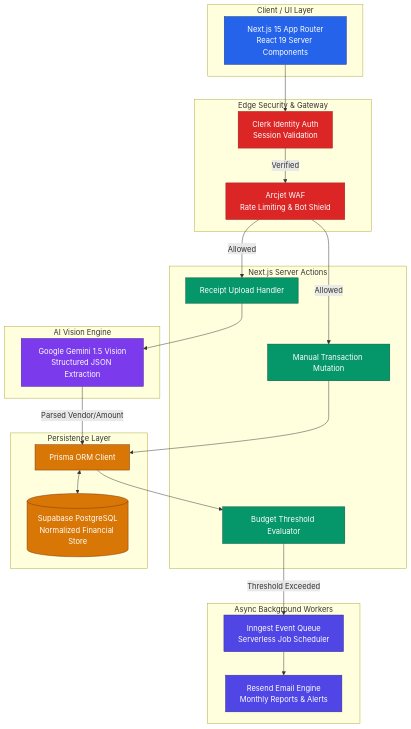
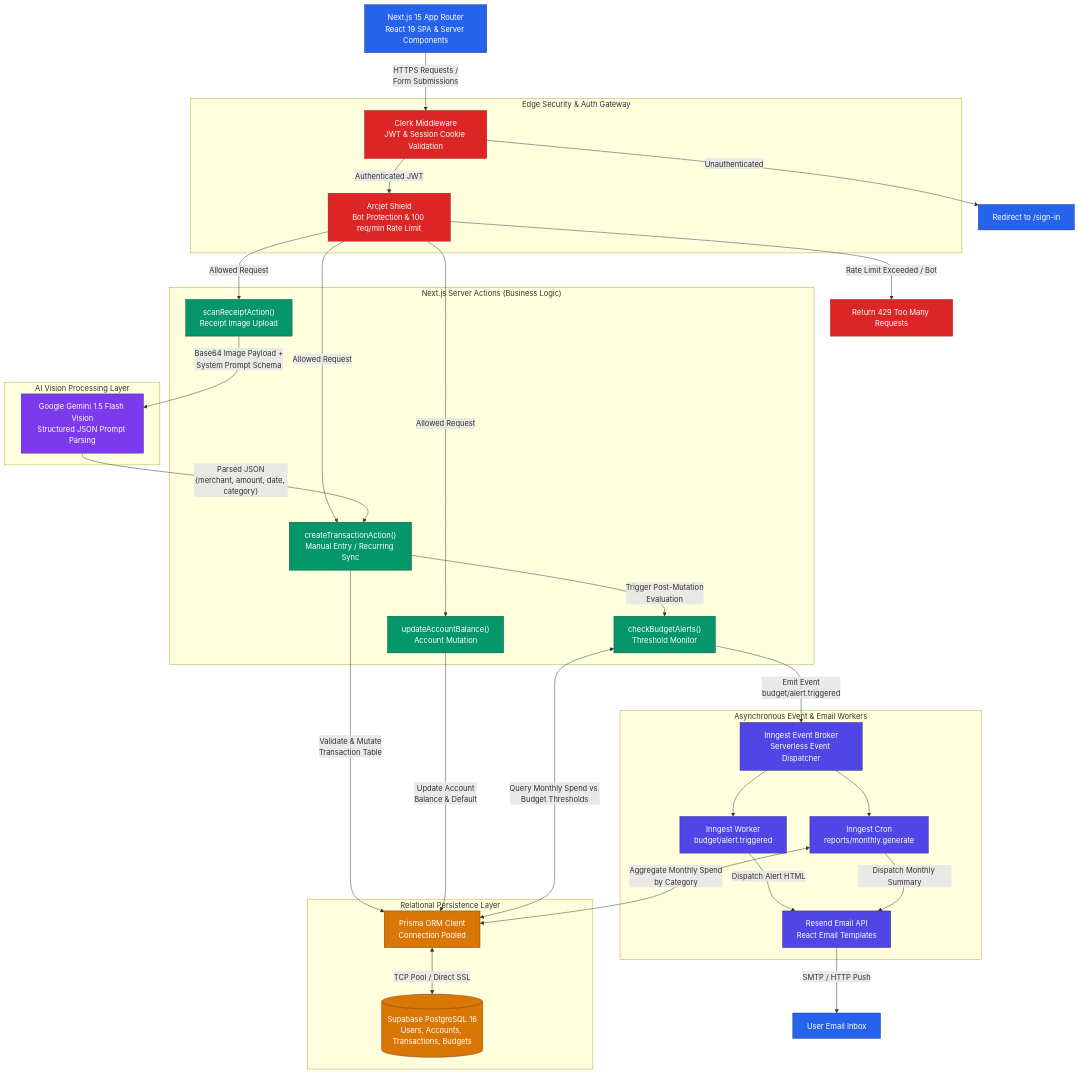
Before and after one commit to shreedharkb/FinOS: the first of 2 diagrams in README.md, drawn with Mermaid.

Commit message:
Enhance system architecture Mermaid diagram with hyper-detailed endpoints, payloads, and worker flows

````diff
--- a/README.md
+++ b/README.md
@@ -61,53 +61,67 @@
 ```mermaid
 flowchart TD
     classDef client fill:#2563eb,stroke:#1e3a8a,color:#fff
     classDef edge fill:#dc2626,stroke:#991b1b,color:#fff
     classDef action fill:#059669,stroke:#064e3b,color:#fff
     classDef ai fill:#7c3aed,stroke:#4c1d95,color:#fff
     classDef db fill:#d97706,stroke:#78350f,color:#fff
     classDef worker fill:#4f46e5,stroke:#312e81,color:#fff
 
-    subgraph Client["Client / UI Layer"]
-        UI["Next.js 15 App Router<br>React 19 Server Components"]:::client
+    React["Next.js 15 App Router<br>React 19 SPA & Server Components"]:::client
+
+    subgraph EdgeGateway["Edge Security & Auth Gateway"]
+        ClerkAuth["Clerk Middleware<br>JWT & Session Cookie Validation"]:::edge
+        ArcjetWAF["Arcjet Shield<br>Bot Protection & 100 req/min Rate Limit"]:::edge
     end
 
-    subgraph Security["Edge Security & Gateway"]
-        Auth["Clerk Identity Auth<br>Session Validation"]:::edge
-        WAF["Arcjet WAF<br>Rate Limiting & Bot Shield"]:::edge
+    React -->|"HTTPS Requests /<br>Form Submissions"| ClerkAuth
+    ClerkAuth -->|"Unauthenticated"| LoginRedirect["Redirect to /sign-in"]:::client
+    ClerkAuth -->|"Authenticated JWT"| ArcjetWAF
+    ArcjetWAF -->|"Rate Limit Exceeded / Bot"| Block429["Return 429 Too Many Requests"]:::edge
+
+    subgraph ServerActions["Next.js Server Actions (Business Logic)"]
+        ScanReceipt["scanReceiptAction()<br>Receipt Image Upload"]:::action
+        CreateTx["createTransactionAction()<br>Manual Entry / Recurring Sync"]:::action
+        UpdateAccount["updateAccountBalance()<br>Account Mutation"]:::action
+        EvaluateBudget["checkBudgetAlerts()<br>Threshold Monitor"]:::action
     end
 
-    subgraph Logic["Next.js Server Actions"]
-        UploadAction["Receipt Upload Handler"]:::action
-        ManualAction["Manual Transaction Mutation"]:::action
-        BudgetCheck["Budget Threshold Evaluator"]:::action
+    ArcjetWAF -->|"Allowed Request"| ScanReceipt
+    ArcjetWAF -->|"Allowed Request"| CreateTx
+    ArcjetWAF -->|"Allowed Request"| UpdateAccount
+
+    subgraph AIEngine["AI Vision Processing Layer"]
+        GeminiVision["Google Gemini 1.5 Flash Vision<br>Structured JSON Prompt Parsing"]:::ai
     end
 
-    subgraph Intelligence["AI Vision Engine"]
-        Gemini["Google Gemini 1.5 Vision<br>Structured JSON Extraction"]:::ai
+    ScanReceipt -->|"Base64 Image Payload +<br>System Prompt Schema"| GeminiVision
+    GeminiVision -->|"Parsed JSON<br>{merchant, amount, date, category}"| CreateTx
+
+    subgraph DataPersistence["Relational Persistence Layer"]
+        PrismaClient["Prisma ORM Client<br>Connection Pooled"]:::db
+        SupabasePG[(Supabase PostgreSQL 16<br>Users, Accounts, Transactions, Budgets)]:::db
     end
 
-    subgraph Data["Persistence Layer"]
-        Prisma["Prisma ORM Client"]:::db
-        Postgres[(Supabase PostgreSQL<br>Normalized Financial Store)]:::db
+    CreateTx -->|"Validate & Mutate<br>Transaction Table"| PrismaClient
+    UpdateAccount -->|"Update Account<br>Balance & Default"| PrismaClient
+    PrismaClient <-->|"TCP Pool / Direct SSL"| SupabasePG
+
+    CreateTx -->|"Trigger Post-Mutation<br>Evaluation"| EvaluateBudget
+    EvaluateBudget <-->|"Query Monthly Spend vs.<br>Budget Thresholds"| PrismaClient
+
+    subgraph AsyncInfrastructure["Asynchronous Event & Email Workers"]
+        InngestBroker["Inngest Event Broker<br>Serverless Event Dispatcher"]:::worker
+        BudgetAlertJob["Inngest Worker<br>budget/alert.triggered"]:::worker
+        MonthlyReportCron["Inngest Cron<br>reports/monthly.generate"]:::worker
+        ResendEngine["Resend Email API<br>React Email Templates"]:::worker
     end
 
-    subgraph Queues["Async Background Workers"]
-        Inngest["Inngest Event Queue<br>Serverless Job Scheduler"]:::worker
-        Resend["Resend Email Engine<br>Monthly Reports & Alerts"]:::worker
-    end
+    EvaluateBudget -->|"Emit Event<br>budget/alert.triggered"| InngestBroker
+    InngestBroker --> BudgetAlertJob
+    InngestBroker --> MonthlyReportCron
+    MonthlyReportCron <-->|"Aggregate Monthly Spend<br>by Category"| PrismaClient
 
-    %% Flow Connections
-    UI --> Auth
-    Auth -- Verified --> WAF
-    WAF -- Allowed --> UploadAction & ManualAction
-
-    UploadAction --> Gemini
-    Gemini -- Parsed Vendor/Amount --> Prisma
-
-    ManualAction --> Prisma
-    Prisma <--> Postgres
-
-    Prisma --> BudgetCheck
-    BudgetCheck -- Threshold Exceeded --> Inngest
-    Inngest --> Resend
+    BudgetAlertJob -->|"Dispatch Alert HTML"| ResendEngine
+    MonthlyReportCron -->|"Dispatch Monthly Summary"| ResendEngine
+    ResendEngine -->|"SMTP / HTTP Push"| UserInbox["User Email Inbox"]:::client
 ```
````
